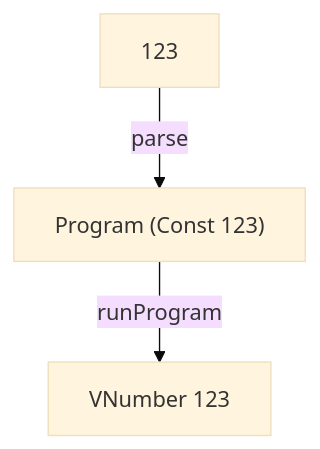
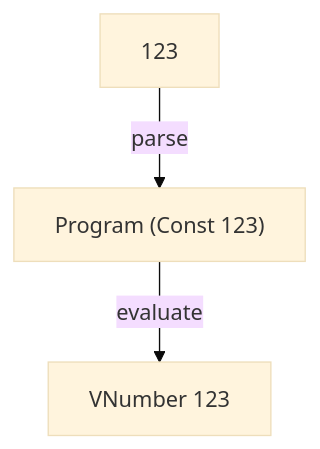
Before and after one commit to tinyinterpreters/const: the diagram in README.md, drawn with Mermaid (base theme). The commit also changed other lines of this file, not shown here.

````diff
--- a/README.md
+++ b/README.md
@@ -7,5 +7,5 @@
 ```mermaid
 flowchart TD
     A["123"] -->|parse| B["Program (Const 123)"]
-    B -->|runProgram| C["VNumber 123"]
+    B -->|evaluate| C["VNumber 123"]
 ```
````
